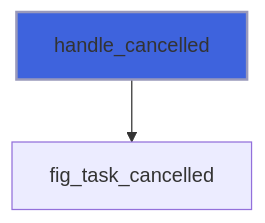
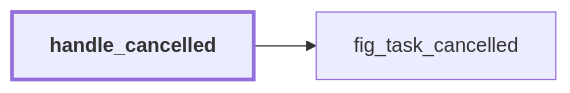
Before and after one commit to szaghi/figure: the tenth of 12 diagrams in docs/api/src/lib/figure_task.md, drawn with Mermaid. The commit also changed other lines of this file and 54 other files, not shown here.

````diff
--- a/docs/api/src/lib/figure_task.md
+++ b/docs/api/src/lib/figure_task.md
@@ -360,5 +390,7 @@
 ```mermaid
-flowchart TD
+flowchart LR
   handle_cancelled["handle_cancelled"] --> fig_task_cancelled["fig_task_cancelled"]
-  style handle_cancelled fill:#3e63dd,stroke:#99b,stroke-width:2px
+  classDef focus stroke-width:3px,font-weight:bold
+  class handle_cancelled focus
+  click fig_task_cancelled href "figure_c_native.html#fig-task-cancelled" "fig_task_cancelled"
 ```
````
